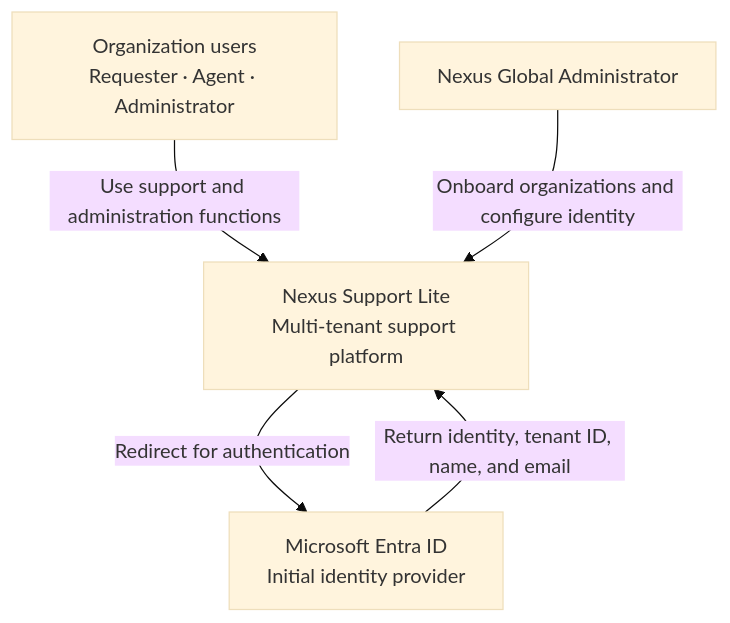
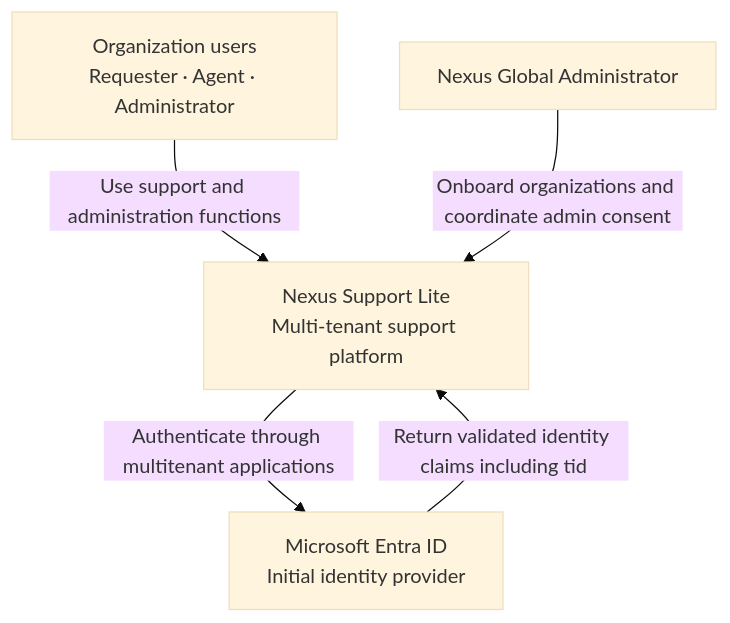
Before and after one commit to LuisiitoDev/nexus-ai-support-lite: the diagram in docs/SYSTEM_CONTEXT.md, drawn with Mermaid (base theme). The commit also changed other lines of this file, not shown here.

Commit message:
docs: align system context with multitenant identity ADR

````diff
--- a/docs/SYSTEM_CONTEXT.md
+++ b/docs/SYSTEM_CONTEXT.md
@@ -63,12 +66,12 @@
 ```mermaid
 flowchart TB
     Users["Organization users<br/>Requester · Agent · Administrator"]
     GlobalAdmin["Nexus Global Administrator"]
     Nexus["Nexus Support Lite<br/>Multi-tenant support platform"]
     Entra["Microsoft Entra ID<br/>Initial identity provider"]
 
     Users -->|"Use support and administration functions"| Nexus
-    GlobalAdmin -->|"Onboard organizations and configure identity"| Nexus
-    Nexus -->|"Redirect for authentication"| Entra
-    Entra -->|"Return identity, tenant ID, name, and email"| Nexus
+    GlobalAdmin -->|"Onboard organizations and coordinate admin consent"| Nexus
+    Nexus -->|"Authenticate through multitenant applications"| Entra
+    Entra -->|"Return validated identity claims including tid"| Nexus
 ```
````
